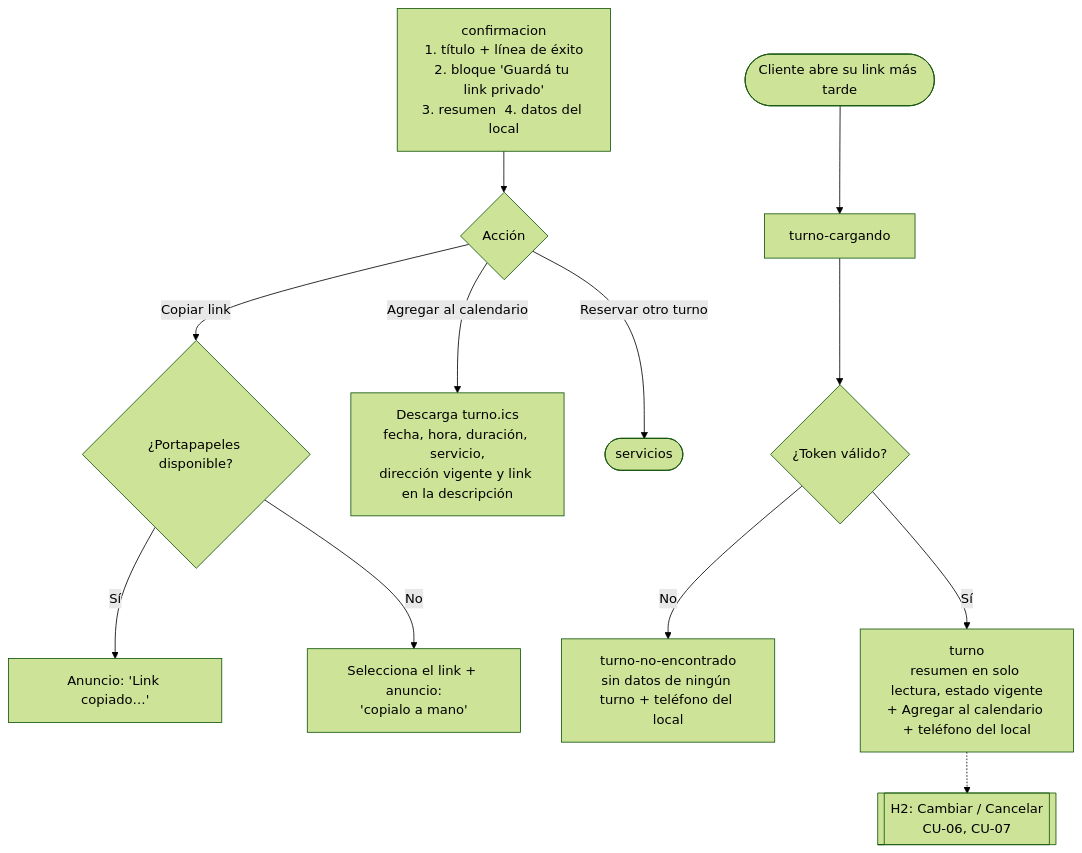
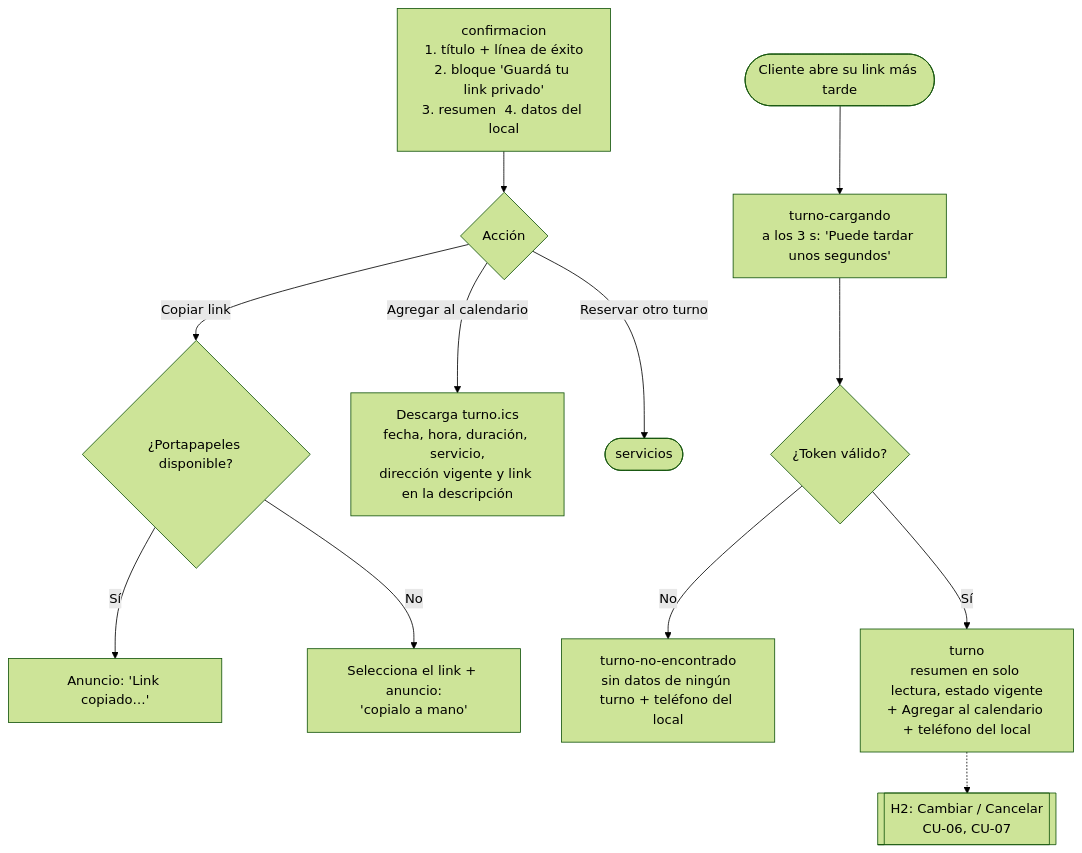
One commit to gm2dev/coop-agents-design changed the sixth of 11 diagrams in initiatives/turnos-peluqueria-mvp/flows.md. Above: the diagram before and after it, drawn with Mermaid (forest theme). The commit also changed other lines of this file and 9 other files, not shown here.

First line of the commit message:
docs(turnos-peluqueria-mvp): incorporar respuestas del Architect (P-D3, P-D4, P-D5, P-D7, S-3 a S-8)

````diff
--- a/initiatives/turnos-peluqueria-mvp/flows.md
+++ b/initiatives/turnos-peluqueria-mvp/flows.md
@@ -102,13 +102,13 @@
 ```mermaid
 flowchart TD
   conf[confirmacion<br/>1. título + línea de éxito<br/>2. bloque 'Guardá tu link privado'<br/>3. resumen  4. datos del local] --> act{Acción}
   act -->|Copiar link| cp{¿Portapapeles disponible?}
   cp -->|Sí| cpok[Anuncio: 'Link copiado…']
   cp -->|No| cpno[Selecciona el link + anuncio:<br/>'copialo a mano']
   act -->|Agregar al calendario| ics[Descarga turno.ics<br/>fecha, hora, duración, servicio,<br/>dirección vigente y link en la descripción]
   act -->|Reservar otro turno| s1([servicios])
-  open([Cliente abre su link más tarde]) --> tl[turno-cargando] --> found{¿Token válido?}
+  open([Cliente abre su link más tarde]) --> tl[turno-cargando<br/>a los 3 s: 'Puede tardar unos segundos'] --> found{¿Token válido?}
   found -->|No| nf[turno-no-encontrado<br/>sin datos de ningún turno + teléfono del local]
   found -->|Sí| tv[turno<br/>resumen en solo lectura, estado vigente<br/>+ Agregar al calendario + teléfono del local]
   tv -.-> h2[[H2: Cambiar / Cancelar<br/>CU-06, CU-07]]
 ```
````
